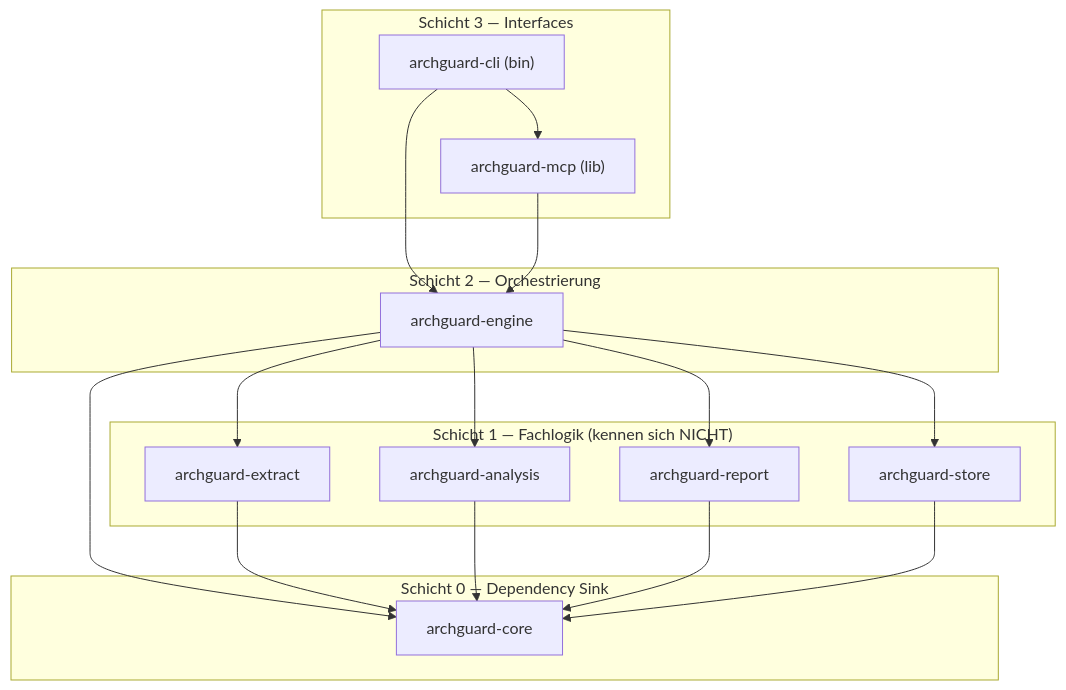
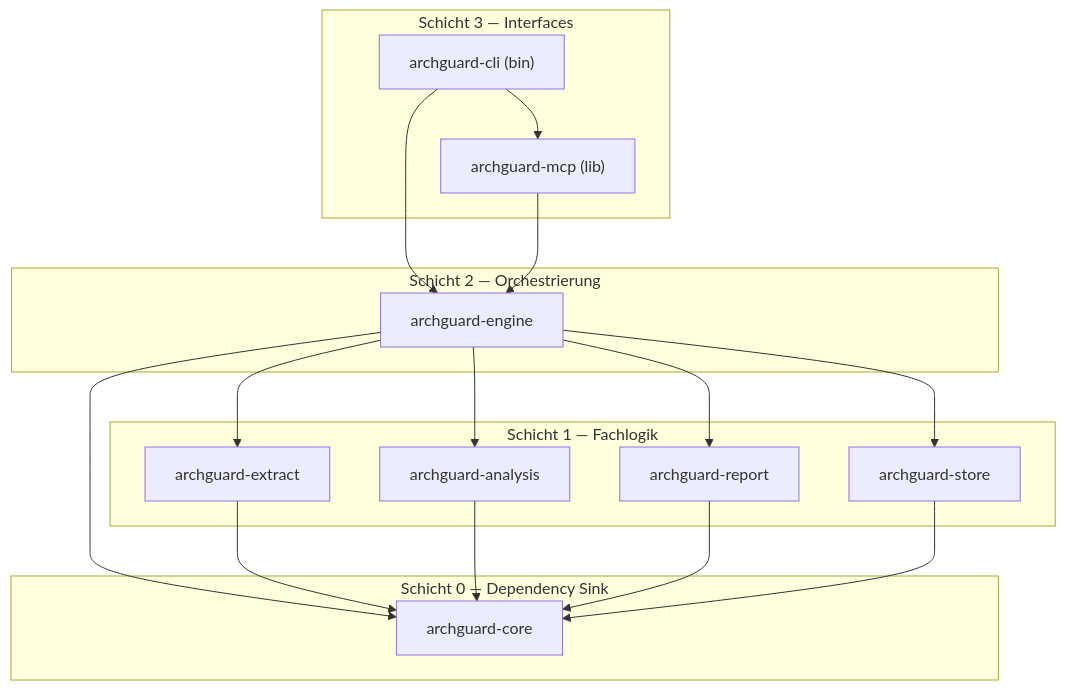
One commit to svenhartmann/ArchGuard changed the second of 2 diagrams in ARCHITECTURE_DE.md. Above: the diagram before and after it, drawn with Mermaid. The commit also changed other lines of this file and 1 other file, not shown here.

Commit message:
docs: describe the architecture by its implemented behaviour

````diff
--- a/ARCHITECTURE_DE.md
+++ b/ARCHITECTURE_DE.md
@@ -71,32 +71,32 @@
 ```mermaid
 graph TD
     subgraph L3["Schicht 3 — Interfaces"]
         CLI["archguard-cli (bin)"]
         MCP["archguard-mcp (lib)"]
     end
     subgraph L2["Schicht 2 — Orchestrierung"]
         ENG["archguard-engine"]
     end
-    subgraph L1["Schicht 1 — Fachlogik (kennen sich NICHT)"]
+    subgraph L1["Schicht 1 — Fachlogik"]
         EXT["archguard-extract"]
         ANA["archguard-analysis"]
         REP["archguard-report"]
         STO["archguard-store"]
     end
     subgraph L0["Schicht 0 — Dependency Sink"]
         CORE["archguard-core"]
     end
 
     CLI --> MCP
     CLI --> ENG
     MCP --> ENG
     ENG --> EXT
     ENG --> ANA
     ENG --> REP
     ENG --> STO
     ENG --> CORE
     EXT --> CORE
     ANA --> CORE
     REP --> CORE
     STO --> CORE
 ```
````
